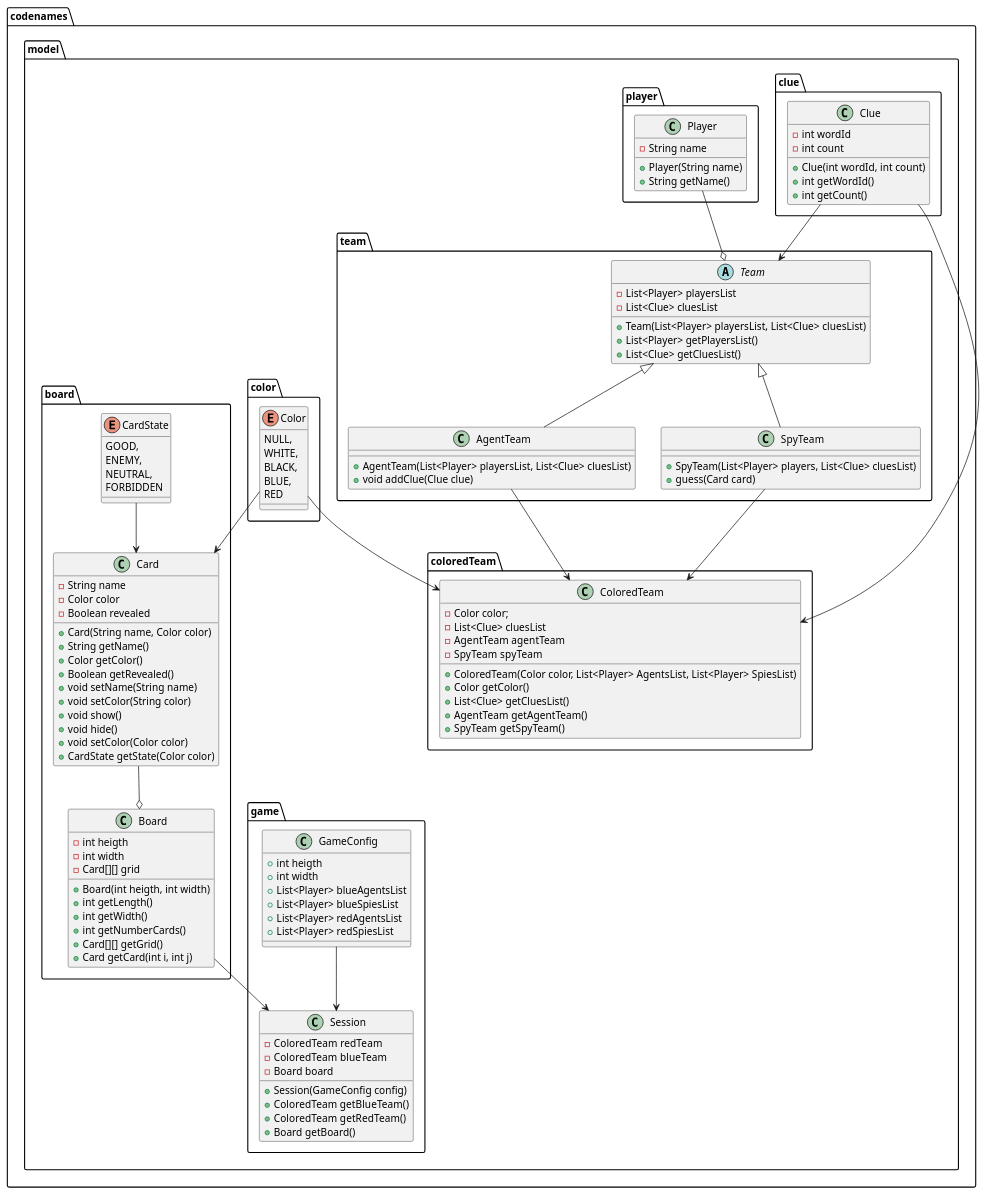
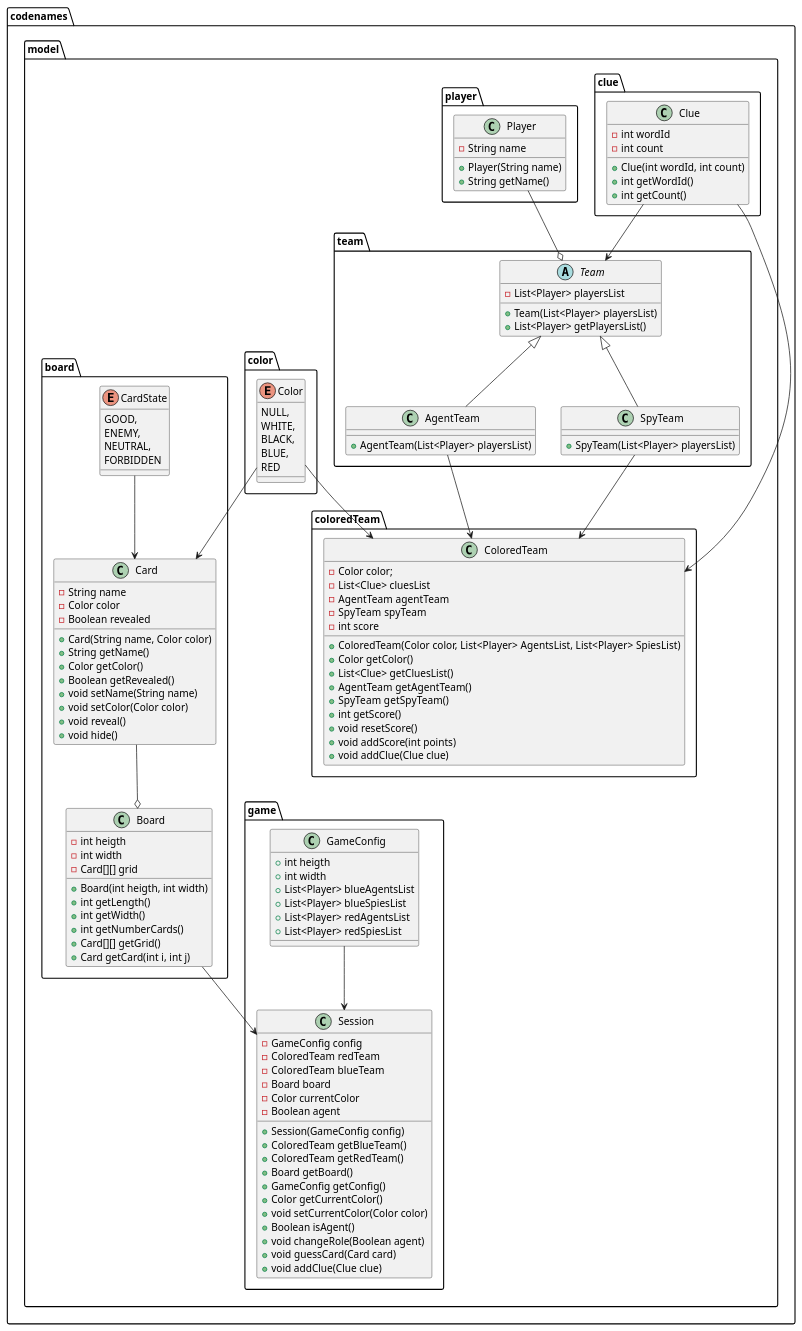
Before and after one commit to Natvs/Codename: the diagram in uml/model_uml.puml, drawn with PlantUML. The commit also changed 4 other files, not shown here.

```diff
--- a/uml/model_uml.puml
+++ b/uml/model_uml.puml
@@ -1,146 +1,155 @@
 @startuml
 
 package codenames.model.clue {
 
     class Clue {
         - int wordId
         - int count
         + Clue(int wordId, int count)
         + int getWordId()
         + int getCount()
     }
 
 }
 
 package codenames.model.color {
 
     enum Color {
         NULL,
         WHITE,
         BLACK,
         BLUE,
         RED
     }
 
 }
 
 package codenames.model.game {
 
     class GameConfig {
         + int heigth
         + int width
         + List<Player> blueAgentsList
         + List<Player> blueSpiesList
         + List<Player> redAgentsList
         + List<Player> redSpiesList
     }
     class Session {
+        - GameConfig config
         - ColoredTeam redTeam
         - ColoredTeam blueTeam
         - Board board
+        - Color currentColor
+        - Boolean agent
         + Session(GameConfig config)
         + ColoredTeam getBlueTeam()
         + ColoredTeam getRedTeam()
         + Board getBoard()
+        + GameConfig getConfig()
+        + Color getCurrentColor()
+        + void setCurrentColor(Color color)
+        + Boolean isAgent()
+        + void changeRole(Boolean agent)
+        + void guessCard(Card card)
+        + void addClue(Clue clue)
     }
 
     GameConfig --> Session
  
 }
 
 package codenames.model.team {
 
     abstract class Team {
         - List<Player> playersList
-        - List<Clue> cluesList
-        + Team(List<Player> playersList, List<Clue> cluesList)
+        + Team(List<Player> playersList)
         + List<Player> getPlayersList()
-        + List<Clue> getCluesList()
     }
     class AgentTeam extends Team {
-        + AgentTeam(List<Player> playersList, List<Clue> cluesList)
-        + void addClue(Clue clue)
+        + AgentTeam(List<Player> playersList)
     }
     class SpyTeam extends Team {
-        + SpyTeam(List<Player> players, List<Clue> cluesList)
-        + guess(Card card)
+        + SpyTeam(List<Player> playersList)
     }
 
 }
 
 package codenames.model.coloredTeam {
 
     class ColoredTeam {
         - Color color;
         - List<Clue> cluesList
         - AgentTeam agentTeam
         - SpyTeam spyTeam
+        - int score
         + ColoredTeam(Color color, List<Player> AgentsList, List<Player> SpiesList)
         + Color getColor()
         + List<Clue> getCluesList()
         + AgentTeam getAgentTeam()
         + SpyTeam getSpyTeam()
+        + int getScore()
+        + void resetScore()
+        + void addScore(int points)
+        + void addClue(Clue clue)
     }
 
 }
 
 package codenames.model.player {
 
     class Player {
         - String name
         + Player(String name)
         + String getName()
     }
 
 }
 
 package codenames.model.board {
 
     class Card {
         - String name
         - Color color
         - Boolean revealed
         + Card(String name, Color color)
         + String getName()
         + Color getColor()
         + Boolean getRevealed()
         + void setName(String name)
-        + void setColor(String color)
-        + void show()
+        + void setColor(Color color)
+        + void reveal()
         + void hide()
-        + void setColor(Color color)
-        + CardState getState(Color color)
     }
     enum CardState {
         GOOD,
         ENEMY,
         NEUTRAL,
         FORBIDDEN
     }
     class Board {
         - int heigth
         - int width
         - Card[][] grid
         + Board(int heigth, int width)
         + int getLength()
         + int getWidth()
         + int getNumberCards()
         + Card[][] getGrid()
         + Card getCard(int i, int j)
     }
 
     CardState --> Card
     Card --o Board
 
 }
 
 Player --o Team
 Color --> ColoredTeam
 Color --> Card
 Board --> Session
 AgentTeam --> ColoredTeam
 SpyTeam --> ColoredTeam
 Clue --> ColoredTeam
 Clue --> Team
 
 @enduml
```
